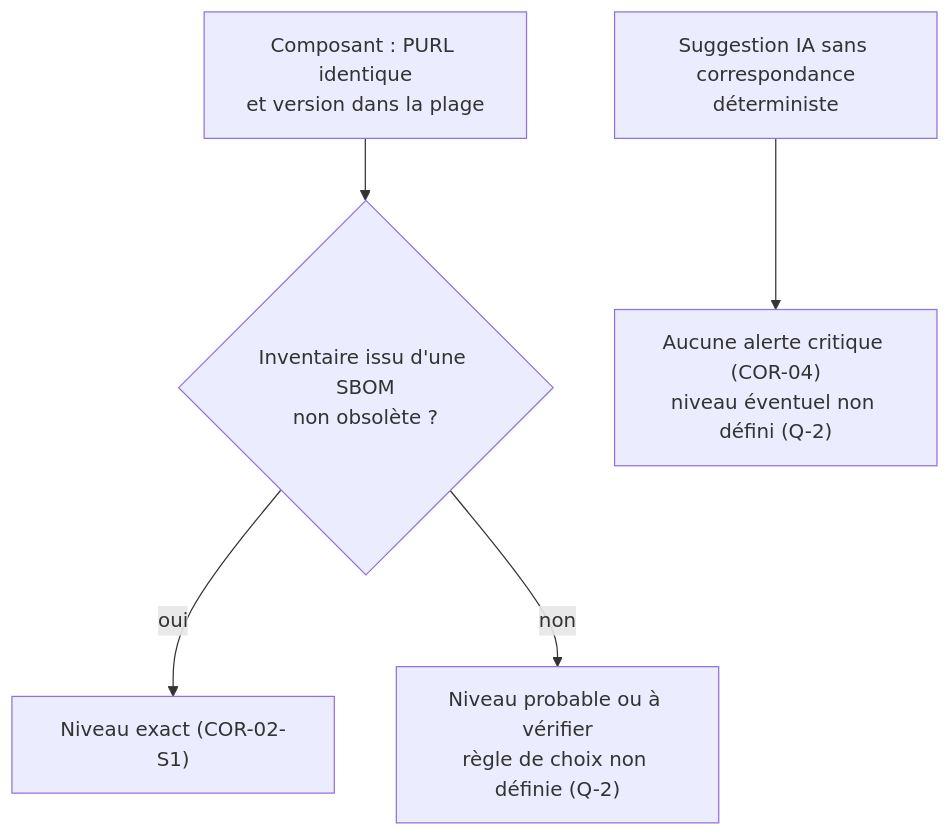
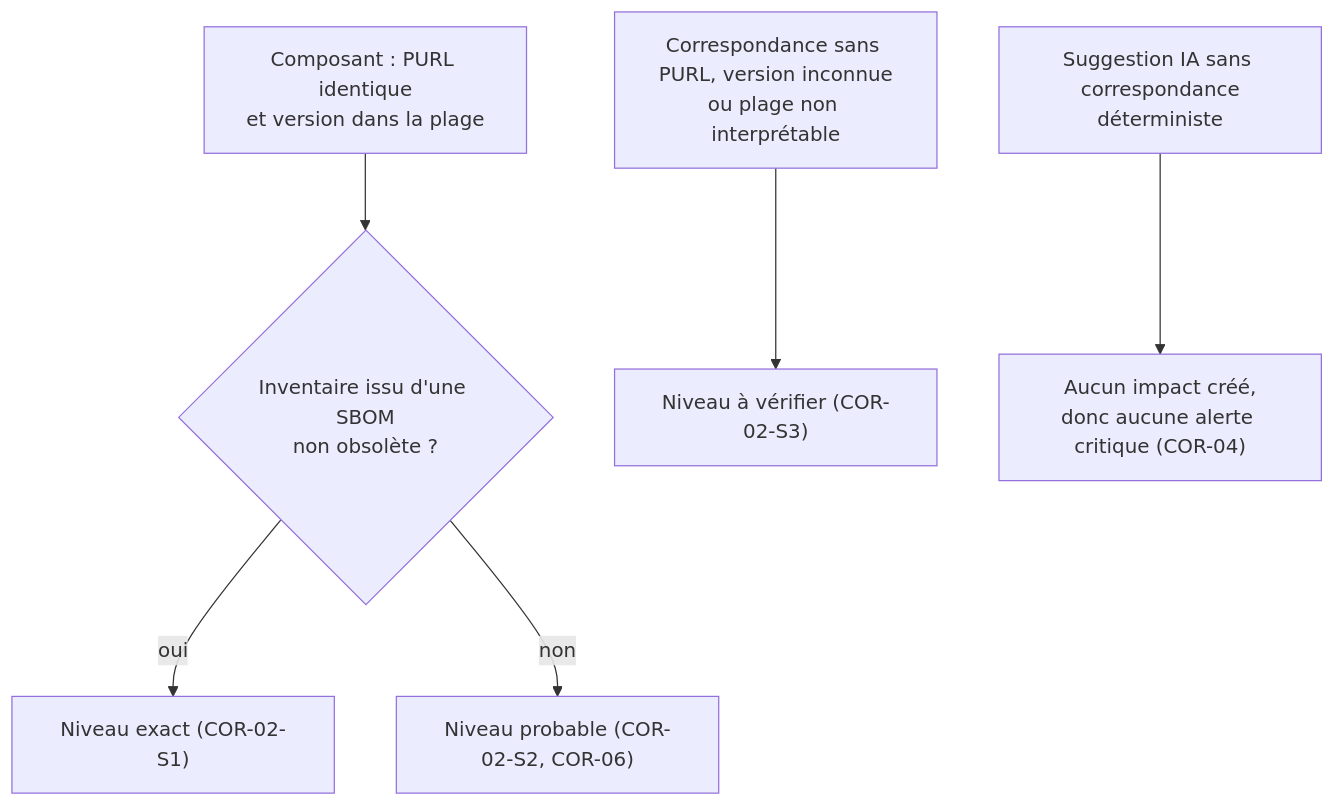
One commit to FTurleque/argos-tech-platform changed the third of 3 diagrams in docs/specifications/correlation-impact.md. Above: the diagram before and after it, drawn with Mermaid. The commit also changed other lines of this file and 12 other files, not shown here.

````diff
--- a/docs/specifications/correlation-impact.md
+++ b/docs/specifications/correlation-impact.md
@@ -170,7 +170,8 @@
 ```mermaid
 flowchart TD
     A["Composant : PURL identique<br/>et version dans la plage"] --> B{"Inventaire issu d'une SBOM<br/>non obsolète ?"}
     B -- oui --> E["Niveau exact (COR-02-S1)"]
-    B -- non --> X["Niveau probable ou à vérifier<br/>règle de choix non définie (Q-2)"]
-    S["Suggestion IA sans correspondance<br/>déterministe"] --> N["Aucune alerte critique (COR-04)<br/>niveau éventuel non défini (Q-2)"]
+    B -- non --> P["Niveau probable (COR-02-S2, COR-06)"]
+    V["Correspondance sans PURL, version inconnue<br/>ou plage non interprétable"] --> W["Niveau à vérifier (COR-02-S3)"]
+    S["Suggestion IA sans correspondance<br/>déterministe"] --> N["Aucun impact créé,<br/>donc aucune alerte critique (COR-04)"]
 ```
````
